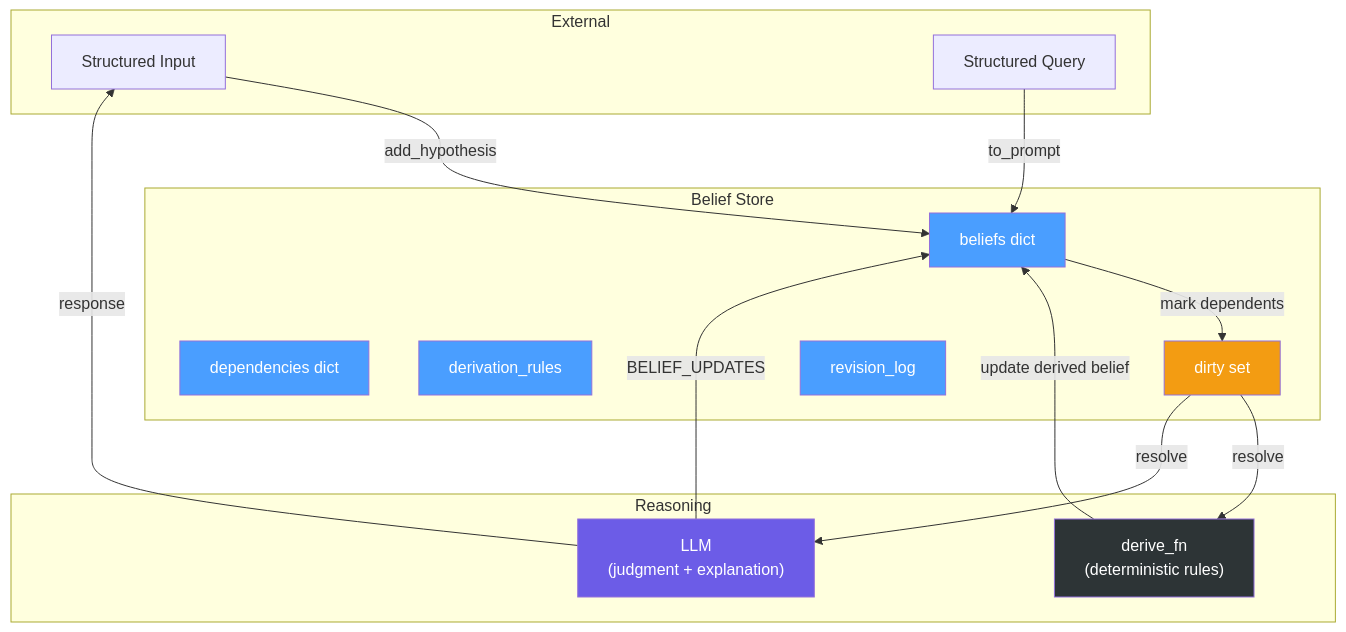
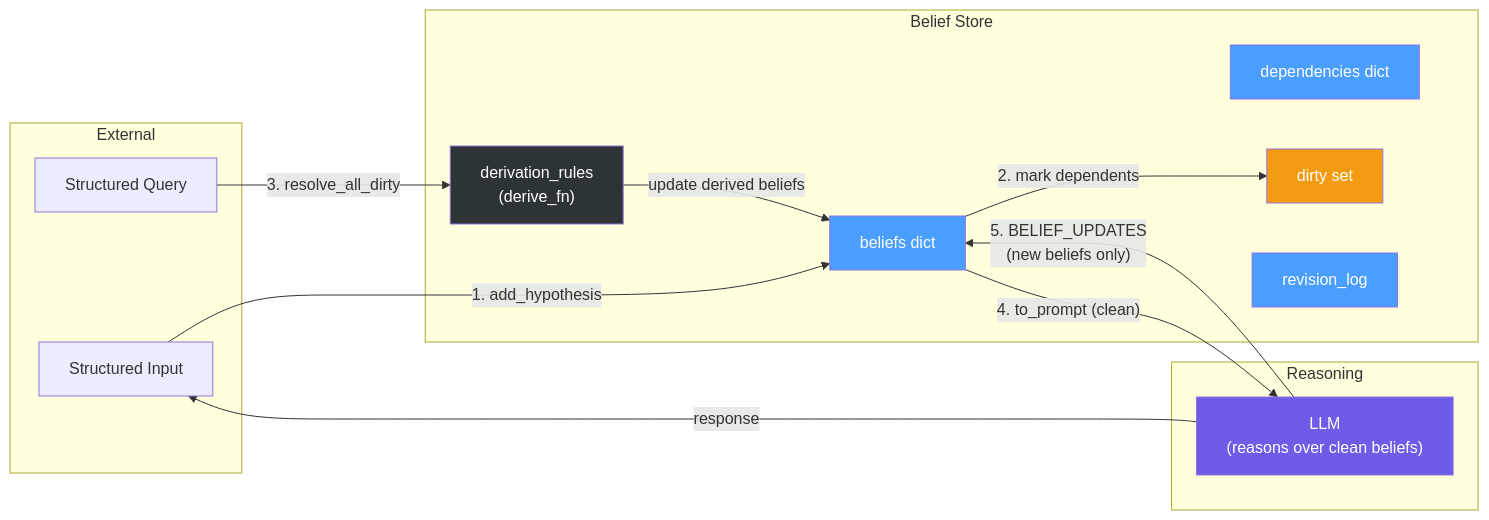
Before and after one commit to sultann-301/Belief-Aware-LLMs: the first of 5 diagrams in Final Agreed Implementation.md, drawn with Mermaid. The commit also changed other lines of this file and 1 other file, not shown here.

````diff
--- a/Final Agreed Implementation.md
+++ b/Final Agreed Implementation.md
@@ -9,37 +9,34 @@
 ```mermaid
-graph TD
+graph LR
     subgraph "External"
         USER["Structured Input"]
         QUERY["Structured Query"]
     end
 
     subgraph "Belief Store"
         BELIEFS["beliefs dict"]
         DEPS["dependencies dict"]
-        RULES["derivation_rules"]
+        RULES["derivation_rules<br/>(derive_fn)"]
         DIRTY["dirty set"]
         LOG["revision_log"]
     end
 
     subgraph "Reasoning"
-        DERIVE_FN["derive_fn<br/>(deterministic rules)"]
-        LLM["LLM<br/>(judgment + explanation)"]
+        LLM["LLM<br/>(reasons over clean beliefs)"]
     end
 
-    USER -->|add_hypothesis| BELIEFS
-    BELIEFS -->|mark dependents| DIRTY
-    QUERY -->|to_prompt| BELIEFS
-    DIRTY -->|resolve| DERIVE_FN
-    DIRTY -->|resolve| LLM
-    DERIVE_FN -->|update derived belief| BELIEFS
-    LLM -->|BELIEF_UPDATES| BELIEFS
-    LLM -->|response| USER
+    USER -->|"1. add_hypothesis"| BELIEFS
+    BELIEFS -->|"2. mark dependents"| DIRTY
+    QUERY -->|"3. resolve_all_dirty"| RULES
+    RULES -->|"update derived beliefs"| BELIEFS
+    BELIEFS -->|"4. to_prompt (clean)"| LLM
+    LLM -->|"5. BELIEF_UPDATES<br/>(new beliefs only)"| BELIEFS
+    LLM -->|"response"| USER
 
     style BELIEFS fill:#4a9eff,color:#fff
     style DEPS fill:#4a9eff,color:#fff
-    style RULES fill:#4a9eff,color:#fff
+    style RULES fill:#2d3436,color:#fff
     style DIRTY fill:#f39c12,color:#fff
     style LOG fill:#4a9eff,color:#fff
-    style DERIVE_FN fill:#2d3436,color:#fff
     style LLM fill:#6c5ce7,color:#fff
 ```
````
